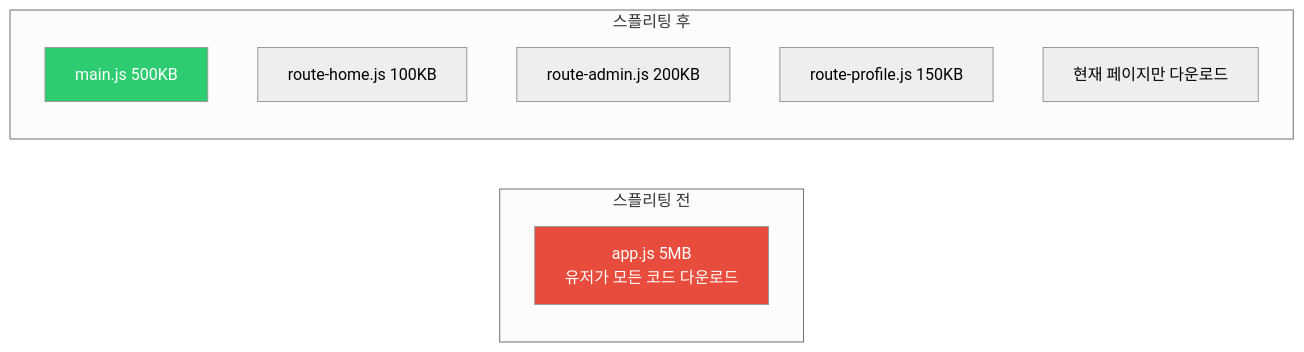
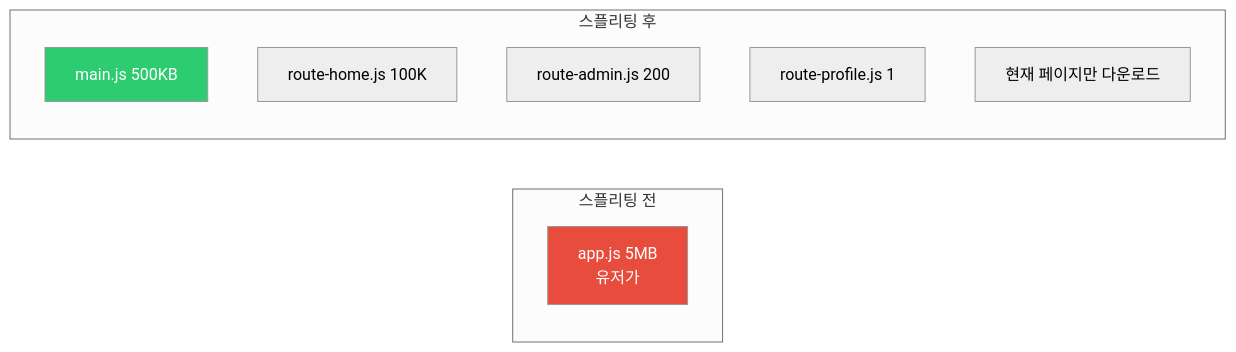
Before and after one commit to yjkim2015/yjkim2015.github.io: the third of 5 diagrams in _posts/frontend/2026-05-02-react-performance.md, drawn with Mermaid (neutral theme). The commit also changed other lines of this file and 271 other files, not shown here.

First line of the commit message:
Mermaid 라벨 축소: 긴 노드 텍스트 18자 이하로 트림 + \n 제거

````diff
--- a/_posts/frontend/2026-05-02-react-performance.md
+++ b/_posts/frontend/2026-05-02-react-performance.md
@@ -146,15 +146,15 @@
 ```mermaid
 graph LR
     subgraph "스플리팅 전"
-        BUNDLE["app.js 5MB<br>유저가 모든 코드 다운로드"]
+        BUNDLE["app.js 5MB<br>유저가"]
     end
     subgraph "스플리팅 후"
         MAIN["main.js 500KB"]
-        ROUTE1["route-home.js 100KB"]
-        ROUTE2["route-admin.js 200KB"]
-        ROUTE3["route-profile.js 150KB"]
+        ROUTE1["route-home.js 100K"]
+        ROUTE2["route-admin.js 200"]
+        ROUTE3["route-profile.js 1"]
         USER2["현재 페이지만 다운로드"]
     end
     style BUNDLE fill:#e74c3c,color:#fff
     style MAIN fill:#2ecc71,color:#fff
 ```
````
